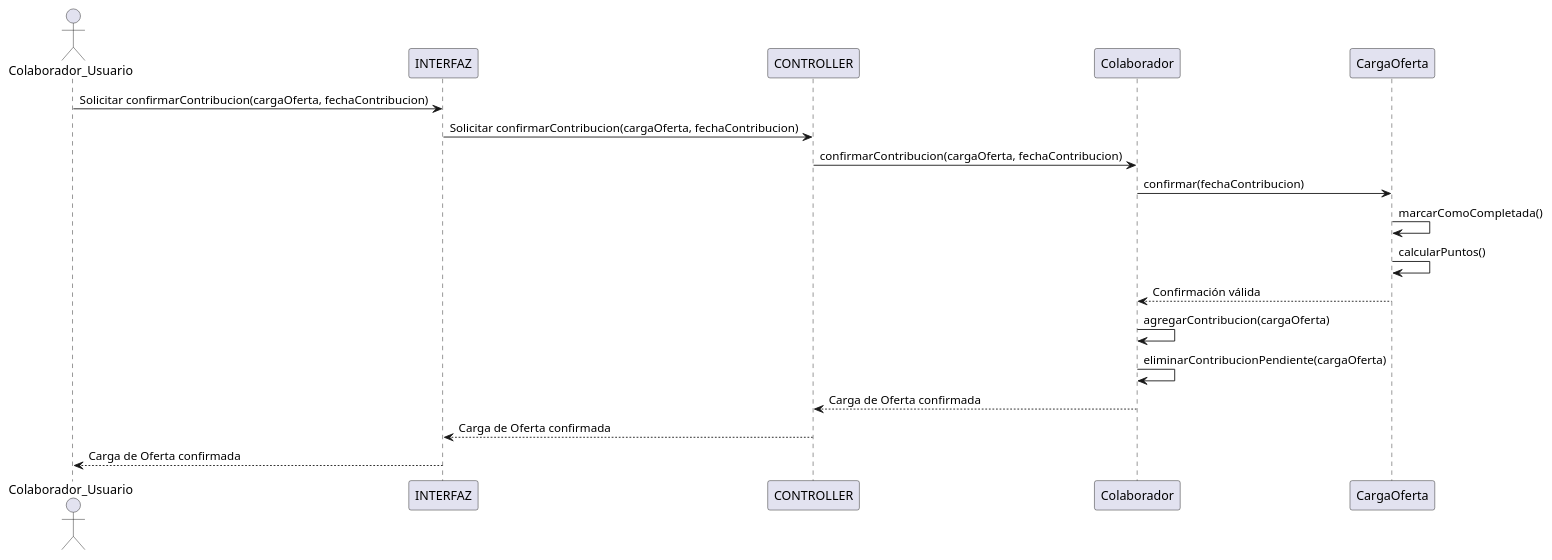
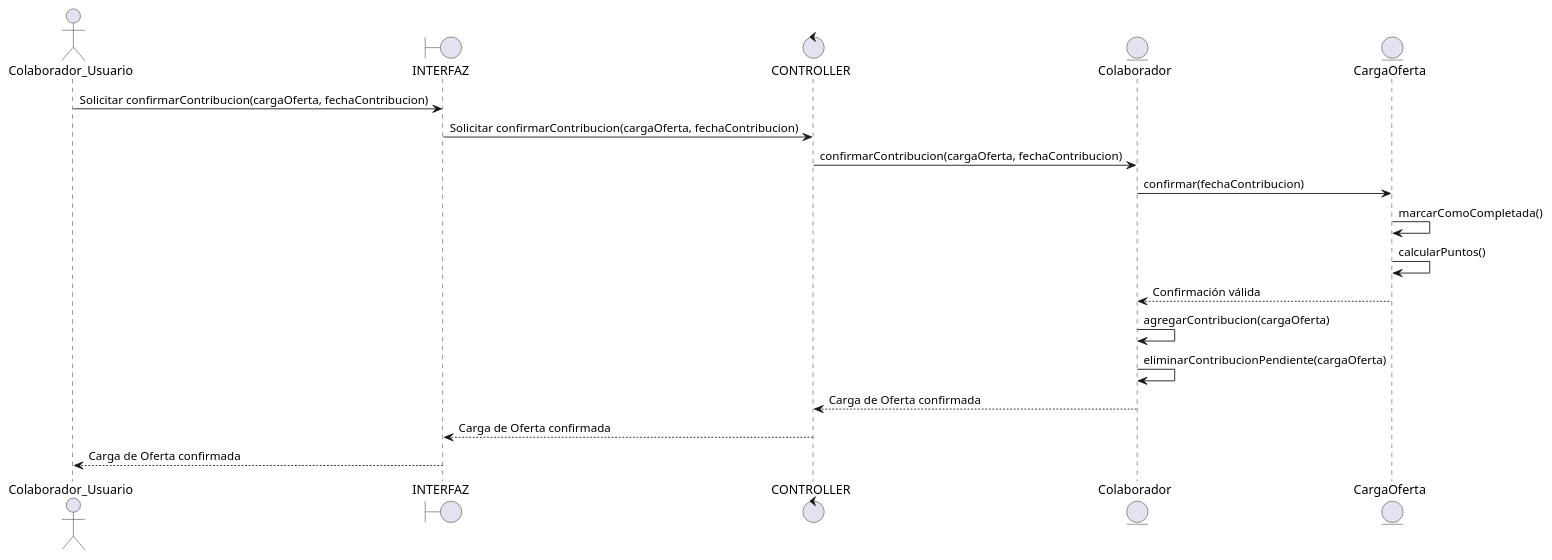
Before and after one commit to luciacosenza/DDS-grupo10: the diagram in proyecto_heladeras_solidarias/docs/plant_uml/diagramas_secuencia/cargar_oferta/cargar_oferta_confirmar.plantuml, drawn with PlantUML. The commit also changed 16 other files, not shown here.

Commit message:
Agrego iconos correctos a diagramas de secuencia

```diff
--- a/proyecto_heladeras_solidarias/docs/plant_uml/diagramas_secuencia/cargar_oferta/cargar_oferta_confirmar.plantuml
+++ b/proyecto_heladeras_solidarias/docs/plant_uml/diagramas_secuencia/cargar_oferta/cargar_oferta_confirmar.plantuml
@@ -1,20 +1,20 @@
 @startuml cargar_oferta_confirmar
 actor Colaborador_Usuario as User
-participant INTERFAZ
-participant CONTROLLER
-participant "Colaborador" as Colaborador
-participant "CargaOferta" as CargaOferta
+boundary INTERFAZ
+control CONTROLLER
+entity "Colaborador" as Colaborador
+entity "CargaOferta" as CargaOferta
 
 User -> INTERFAZ: Solicitar confirmarContribucion(cargaOferta, fechaContribucion)
 INTERFAZ -> CONTROLLER: Solicitar confirmarContribucion(cargaOferta, fechaContribucion)
 CONTROLLER -> Colaborador: confirmarContribucion(cargaOferta, fechaContribucion)
 Colaborador -> CargaOferta: confirmar(fechaContribucion)
 CargaOferta -> CargaOferta: marcarComoCompletada()
 CargaOferta -> CargaOferta: calcularPuntos()
 CargaOferta --> Colaborador: Confirmación válida
 Colaborador -> Colaborador: agregarContribucion(cargaOferta)
 Colaborador -> Colaborador: eliminarContribucionPendiente(cargaOferta)
 Colaborador --> CONTROLLER: Carga de Oferta confirmada
 CONTROLLER --> INTERFAZ: Carga de Oferta confirmada
 INTERFAZ --> User: Carga de Oferta confirmada
 @enduml
```
